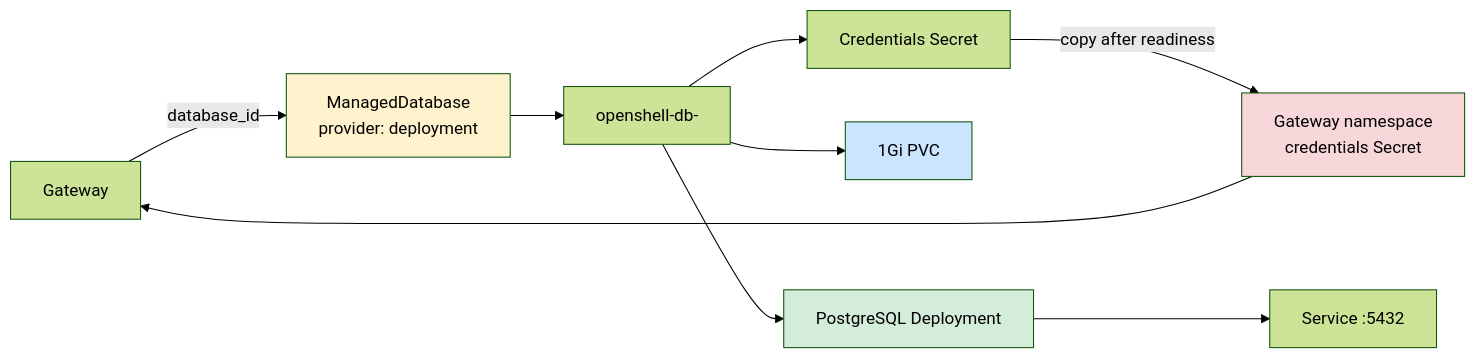
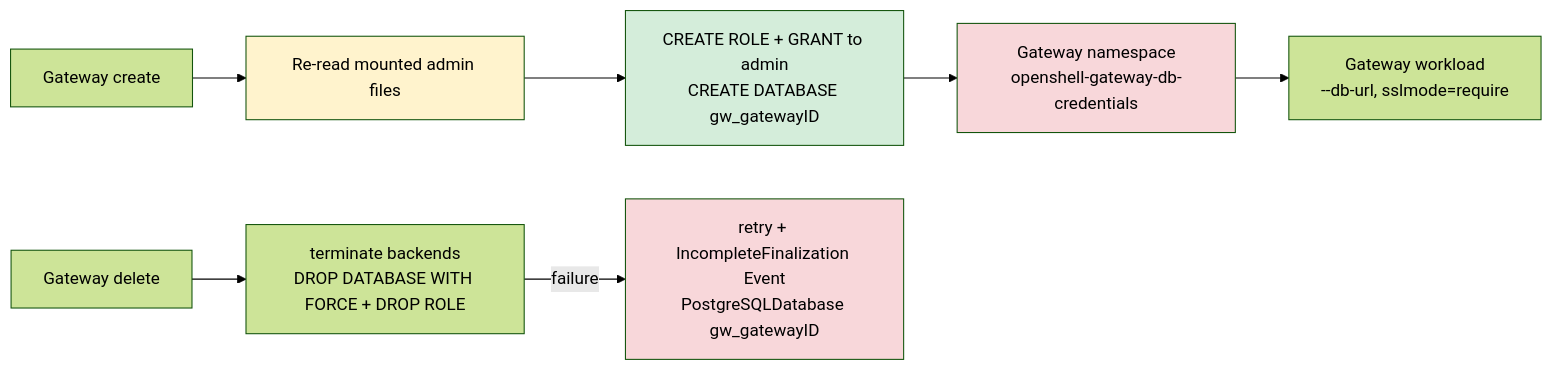
Before and after one commit to jonmosco/hypershell: the second of 2 diagrams in docs/architecture/source/data-plane.md, drawn with Mermaid (forest theme). The commit also changed other lines of this file and 267 other files, not shown here.

````diff
--- a/docs/architecture/source/data-plane.md
+++ b/docs/architecture/source/data-plane.md
@@ -27,15 +27,13 @@
 ```mermaid
 graph LR
-  G[Gateway] -->|database_id| MD[ManagedDatabase<br/>provider: deployment]
-  MD --> NS[openshell-db-<id>]
-  NS --> SEC[Credentials Secret]
-  NS --> PVC[1Gi PVC]
-  NS --> PG[PostgreSQL Deployment]
-  PG --> SVC[Service :5432]
-  SEC -->|copy after readiness| TSEC[Gateway namespace<br/>credentials Secret]
-  TSEC --> G
-  style MD fill:#fff3cd
-  style PG fill:#d4edda
-  style PVC fill:#cce5ff
+  G[Gateway create] --> P[Re-read mounted admin files]
+  P --> DDL[CREATE ROLE + GRANT to admin<br/>CREATE DATABASE gw_gatewayID]
+  DDL --> TSEC[Gateway namespace<br/>openshell-gateway-db-credentials]
+  TSEC --> W[Gateway workload<br/>--db-url, sslmode=require]
+  D[Gateway delete] --> DROP[terminate backends<br/>DROP DATABASE WITH FORCE + DROP ROLE]
+  DROP -->|failure| EV[retry + IncompleteFinalization Event<br/>PostgreSQLDatabase gw_gatewayID]
+  style P fill:#fff3cd
+  style EV fill:#f8d7da
+  style DDL fill:#d4edda
   style TSEC fill:#f8d7da
 ```
````
